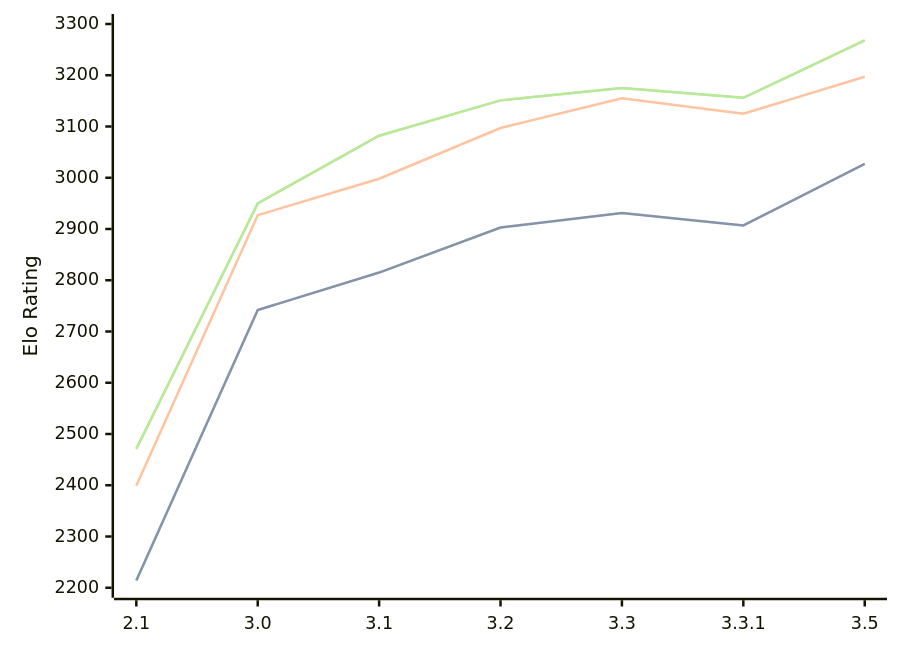
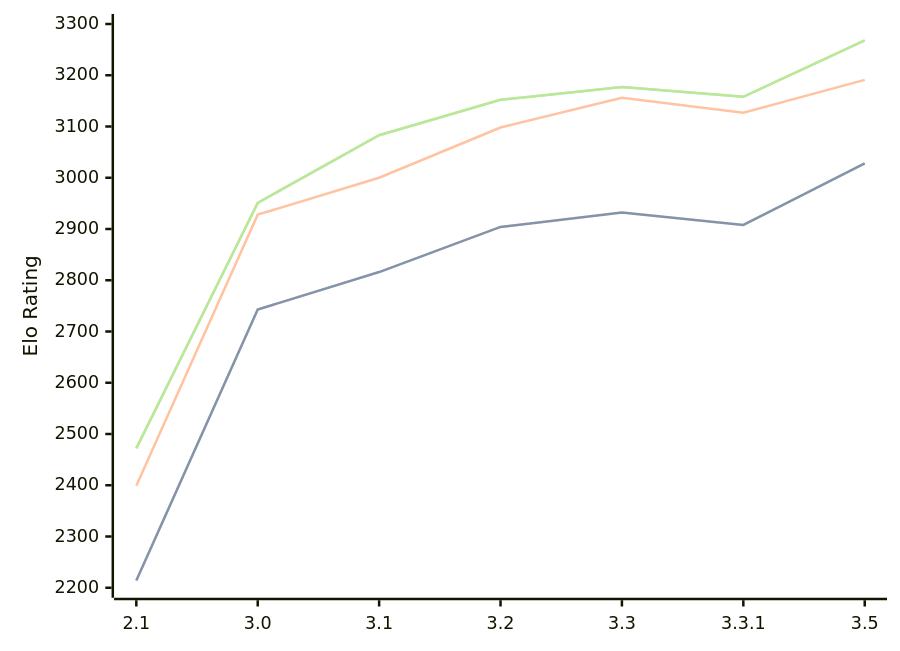
The diagram in engines/Petrel.md (computer-chess-index/cci), drawn with Mermaid before and after one commit. The commit also changed other lines of this file, not shown here.

Commit message:
Update CCI Ratings (ELO VLTC) - 2026-06-11

````diff
--- a/engines/Petrel.md
+++ b/engines/Petrel.md
@@ -46,11 +46,11 @@
 ```mermaid
 %%{init: {"theme":"base","themeVariables":{"seriesColors:['#a3a3a3','#222221','#faa371']}}}%%
 xychart-beta
   x-axis ["2.1", "3.0", "3.1", "3.2", "3.3", "3.3.1", "3.5"]
   y-axis "Elo Rating" 2200 --> 3300
-  line "STC (8.0+0.08s)" [2214, 2742, 2815, 2903, 2931, 2907, 3027]
-  line "STC (8.0+0.08s)" [2214, 2742, 2815, 2903, 2931, 2907, 3027]
-  line "LTC (60.0+0.60s)" [2399, 2927, 2998, 3097, 3155, 3125, 3197]
-  line "VLTC (2m24s+1.12s)" [2471, 2950, 3082, 3151, 3175, 3156, 3268]
-  line "VLTC (2m24s+1.12s)" [2471, 2950, 3082, 3151, 3175, 3156, 3268]
+  line "STC (8.0+0.08s)" [2214, 2743, 2816, 2904, 2932, 2908, 3028]
+  line "STC (8.0+0.08s)" [2214, 2743, 2816, 2904, 2932, 2908, 3028]
+  line "LTC (60.0+0.60s)" [2399, 2928, 3000, 3098, 3156, 3127, 3191]
+  line "VLTC (2m24s+1.12s)" [2472, 2951, 3083, 3152, 3177, 3158, 3268]
+  line "VLTC (2m24s+1.12s)" [2472, 2951, 3083, 3152, 3177, 3158, 3268]
 ```
````
